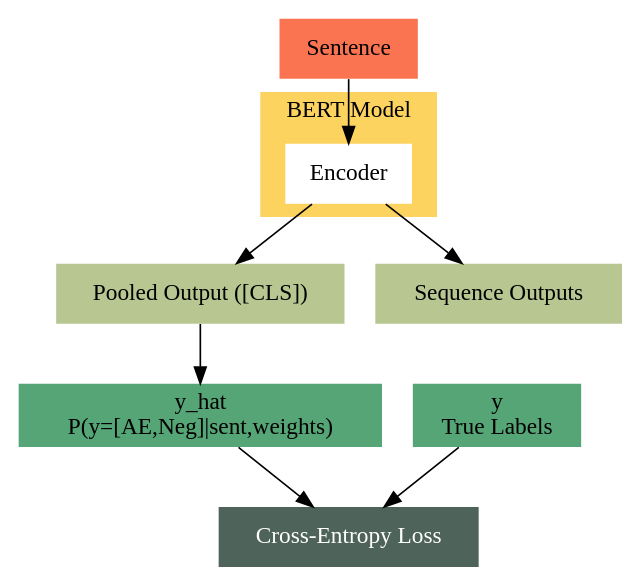
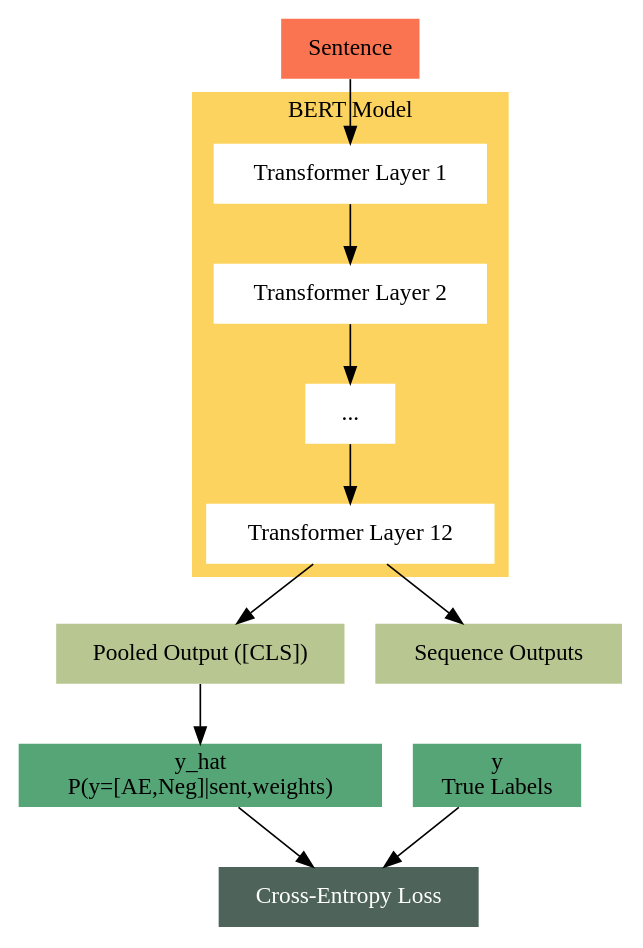
The diagram in figures/notebooks/bert_classification.dot (openpharma/pypharma_nlp), drawn with Graphviz before and after one commit. The commit also changed 35 other files, not shown here.

```diff
--- a/figures/notebooks/bert_classification.dot
+++ b/figures/notebooks/bert_classification.dot
@@ -1,75 +1,99 @@
 //Palette: https://www.color-hex.com/color-palette/83647
 
 digraph G {
     
     //Inputs
     text [
         label="Sentence"
         shape="rectangle"
         color=None
         style=filled
         fillcolor="#fb7452"
     ];
     
     // BERT model
     subgraph cluster_0 {
         label="BERT Model";
         color=None;
         bgcolor="#fdd35f";
-        newrank=true;
-        enc [
-            label="Encoder"
+        //newrank=true;
+        transformer_layer_1 [
+            label="Transformer Layer 1"
             shape="rectangle"
             color=None
             style=filled
             fillcolor=white
         ];
-        rank=same;
+        transformer_layer_2 [
+            label="Transformer Layer 2"
+            shape="rectangle"
+            color=None
+            style=filled
+            fillcolor=white
+        ];
+        transformer_layer_e [
+            label="..."
+            shape="rectangle"
+            color=None
+            style=filled
+            fillcolor=white
+        ];
+        transformer_layer_12 [
+            label="Transformer Layer 12"
+            shape="rectangle"
+            color=None
+            style=filled
+            fillcolor=white
+        ];
+        //rank=same;
     }
-    text -> enc;
+    text -> transformer_layer_1;
+    transformer_layer_1 -> transformer_layer_2;
+    transformer_layer_2 -> transformer_layer_e;
+    transformer_layer_e -> transformer_layer_12;
 
     // Outputs
     pool [
         label="Pooled Output ([CLS])"
         shape="rectangle"
         color=None
         style=filled
         fillcolor="#b8c791"
     ];
-    enc -> pool;
+    transformer_layer_12 -> pool;
     out [
         label="Sequence Outputs"
         shape="rectangle"
         color=None
         style=filled
         fillcolor="#b8c791"
     ];
-    enc -> out;
+    transformer_layer_12 -> out;
     y_hat [
         label="y_hat\nP(y=[AE,Neg]|sent,weights)"
         shape="rectangle"
         color=None
         style=filled
         fillcolor="#55a576"
     ];
     pool -> y_hat;
     y [
         label="y\nTrue Labels"
         shape="rectangle"
         color=None
         style=filled
         fillcolor="#55a576"
     ];
 
     // Loss
     loss [
         label="Cross-Entropy Loss"
         shape="rectangle"
         color=None
         style=filled
         fillcolor="#4e635a"
         fontcolor=white
     ];
     y_hat -> loss;
     y -> loss;
 }
```
